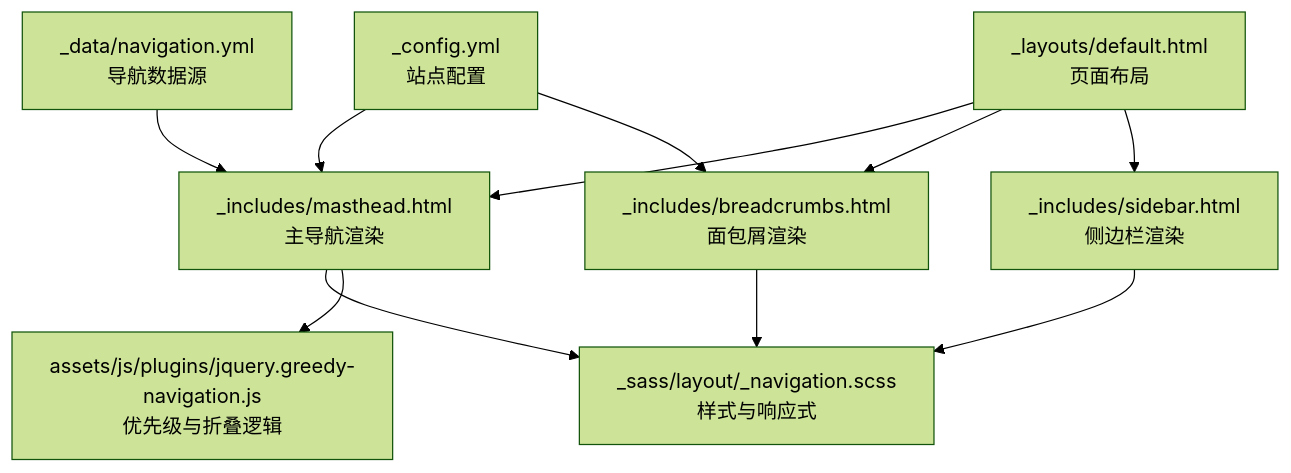
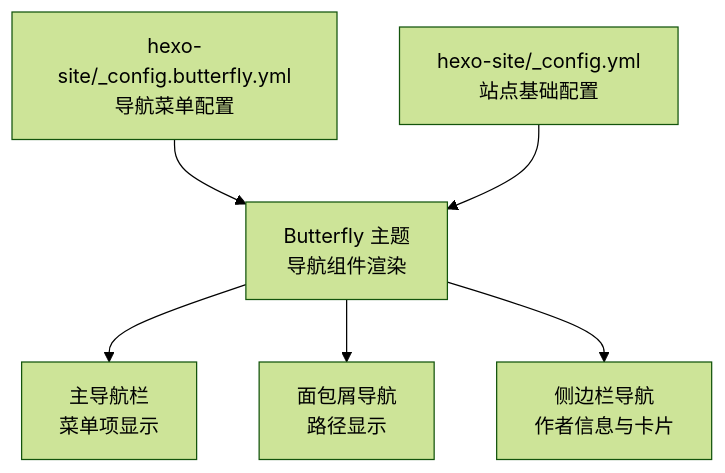
The first of 4 diagrams in .qoder/repowiki/zh/content/项目概述/核心功能特性/UI组件系统/导航组件.md (CoolPig0720/CoolPig0720.github.io), drawn with Mermaid (forest theme) before and after one commit. The commit also changed other lines of this file and 6 other files, not shown here.

````diff
--- a/.qoder/repowiki/zh/content/项目概述/核心功能特性/UI组件系统/导航组件.md
+++ b/.qoder/repowiki/zh/content/项目概述/核心功能特性/UI组件系统/导航组件.md
@@ -41,13 +35,8 @@
 ```mermaid
 graph TB
-A["_data/navigation.yml<br/>导航数据源"] --> B["_includes/masthead.html<br/>主导航渲染"]
-B --> C["_sass/layout/_navigation.scss<br/>样式与响应式"]
-B --> D["assets/js/plugins/jquery.greedy-navigation.js<br/>优先级与折叠逻辑"]
-E["_includes/breadcrumbs.html<br/>面包屑渲染"] --> C
-F["_includes/sidebar.html<br/>侧边栏渲染"] --> C
-G["_layouts/default.html<br/>页面布局"] --> B
-G --> E
-G --> F
-H["_config.yml<br/>站点配置"] --> B
-H --> E
+A["hexo-site/_config.butterfly.yml<br/>导航菜单配置"] --> B["Butterfly 主题<br/>导航组件渲染"]
+C["hexo-site/_config.yml<br/>站点基础配置"] --> B
+B --> D["主导航栏<br/>菜单项显示"]
+B --> E["面包屑导航<br/>路径显示"]
+B --> F["侧边栏导航<br/>作者信息与卡片"]
 ```
````
